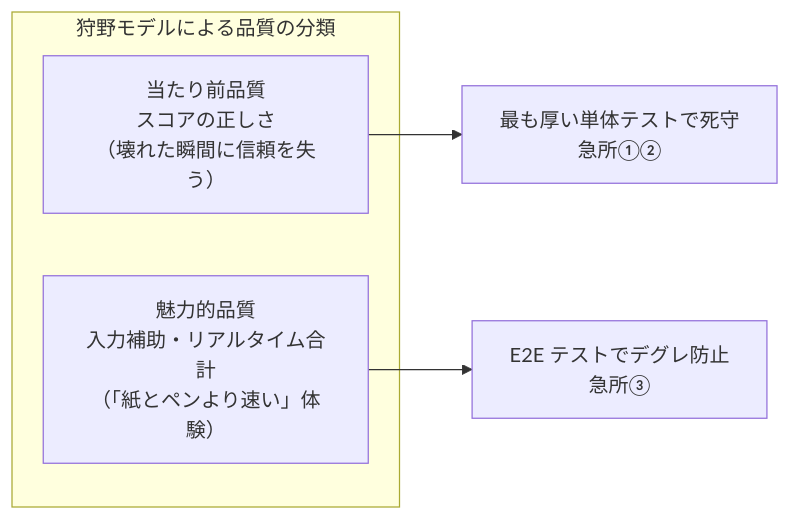
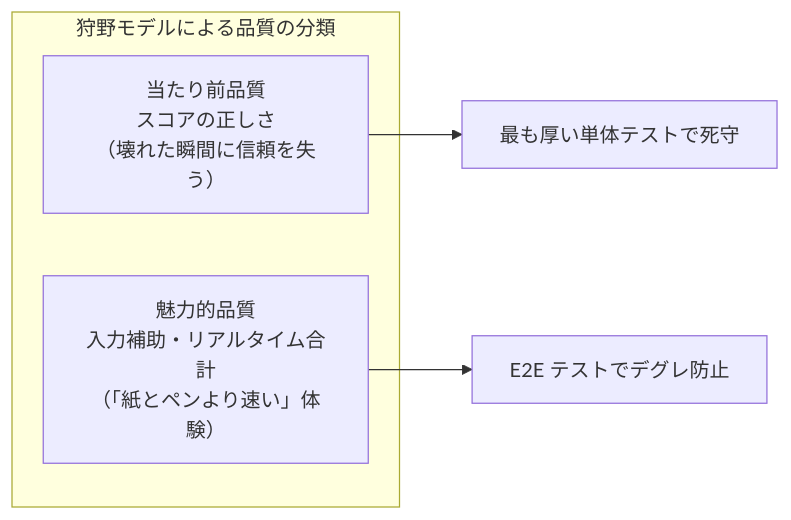
Before and after one commit to tsukamotohiroaki/mahjong_score: the diagram in docs/test-strategy.md, drawn with Mermaid. The commit also changed other lines of this file, not shown here.

````diff
--- a/docs/test-strategy.md
+++ b/docs/test-strategy.md
@@ -10,9 +9,9 @@
 ```mermaid
 flowchart LR
     subgraph kano["狩野モデルによる品質の分類"]
         a["当たり前品質<br>スコアの正しさ<br>（壊れた瞬間に信頼を失う）"]
         m["魅力的品質<br>入力補助・リアルタイム合計<br>（「紙とペンより速い」体験）"]
     end
-    a --> ta["最も厚い単体テストで死守<br>急所①②"]
-    m --> tm["E2E テストでデグレ防止<br>急所③"]
+    a --> ta["最も厚い単体テストで死守"]
+    m --> tm["E2E テストでデグレ防止"]
 ```
````
